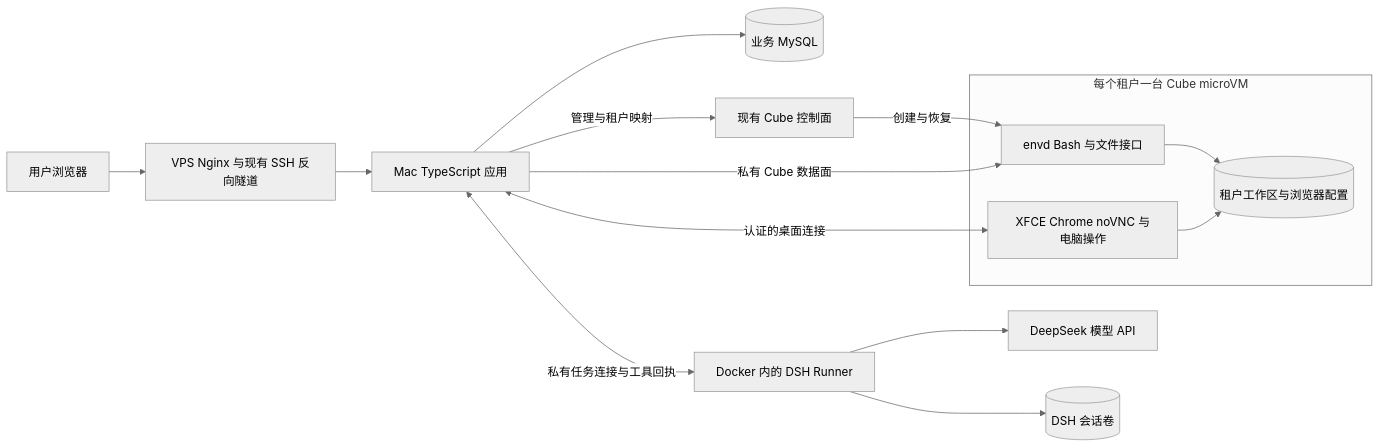
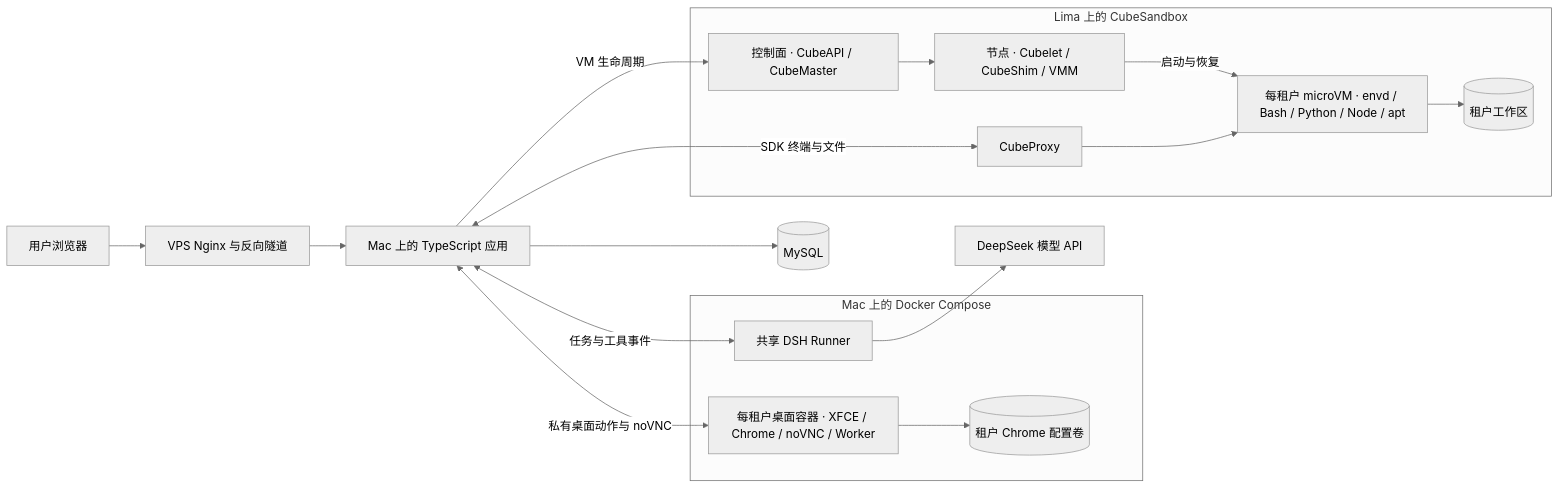
Before and after one commit to cokepoppy/coke-super-agent: the diagram in docs/dsh-docker-cube-remote-execution-study.md, drawn with Mermaid (neutral theme). The commit also changed other lines of this file, not shown here.

Commit message:
docs: place tenant desktops and Chrome alongside DSH in Docker

````diff
--- a/docs/dsh-docker-cube-remote-execution-study.md
+++ b/docs/dsh-docker-cube-remote-execution-study.md
@@ -32,20 +34,21 @@
 ```mermaid
 flowchart LR
-    U[用户浏览器] --> V[VPS Nginx 与现有 SSH 反向隧道]
-    V --> A[Mac TypeScript 应用]
-    A --> DB[(业务 MySQL)]
-    A <-->|私有任务连接与工具回执| D[Docker 内的 DSH Runner]
+    U[用户浏览器] --> V[VPS Nginx 与反向隧道] --> A[Mac 上的 TypeScript 应用]
+    A --> DB[(MySQL)]
+    subgraph DockerSide["Mac 上的 Docker Compose"]
+        D[共享 DSH Runner]
+        W["每租户桌面容器 · XFCE / Chrome / noVNC / Worker"]
+        W --> P[(租户 Chrome 配置卷)]
+    end
+    A <-->|任务与工具事件| D
     D --> L[DeepSeek 模型 API]
-    D --> S[(DSH 会话卷)]
-    A -->|管理与租户映射| C[现有 Cube 控制面]
-    subgraph G[每个租户一台 Cube microVM]
-        E[envd Bash 与文件接口]
-        W[XFCE Chrome noVNC 与电脑操作]
-        P[(租户工作区与浏览器配置)]
-        E --> P
-        W --> P
+    A <-->|私有桌面动作与 noVNC| W
+    subgraph CubeNode["Lima 上的 CubeSandbox"]
+        C["控制面 · CubeAPI / CubeMaster"] --> N["节点 · Cubelet / CubeShim / VMM"]
+        N -->|启动与恢复| E["每租户 microVM · envd / Bash / Python / Node / apt"]
+        X[CubeProxy] --> E
+        E --> F[(租户工作区)]
     end
-    C -->|创建与恢复| E
-    A -->|私有 Cube 数据面| E
-    A <-->|认证的桌面连接| W
+    A -->|VM 生命周期| C
+    A <-->|SDK 终端与文件| X
 ```
````
